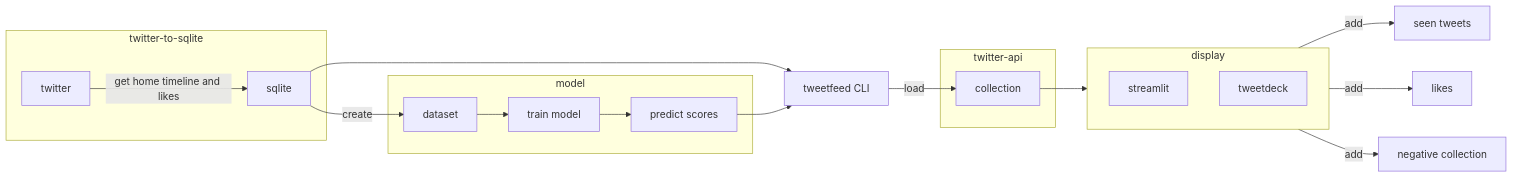
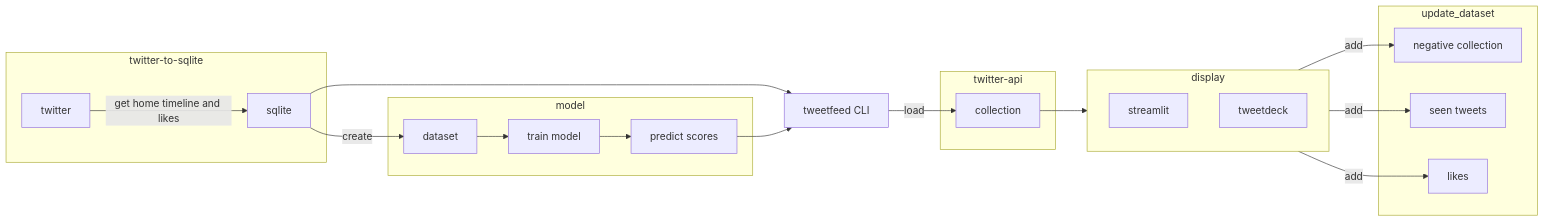
One commit to gsajko/tweetfeed changed the first of 4 diagrams in README.md. Above: the diagram before and after it, drawn with Mermaid. The commit also changed other lines of this file and 4 other files, not shown here.

````diff
--- a/README.md
+++ b/README.md
@@ -1,46 +1,51 @@
 ```mermaid
 flowchart LR
 
 tw[twitter]
 d[dataset]
 t[train model]
 s[predict scores]
 c[collection]
 neg_c[negative collection]
 cli[tweetfeed CLI]
 st[streamlit]
 seen[seen tweets]
 
 tw --get home timeline and likes--> sqlite
 sqlite --create--> d
 d --> t --> s 
 
 sqlite & s -->cli
 cli --load--> c
 
 c  --> display
 
 display --add--> seen & likes & neg_c
 
 
 subgraph twitter-to-sqlite
 tw
 sqlite
 end
 
 subgraph model
 d
 t
 s
 end
 
 subgraph twitter-api
 c
 end
 
 subgraph display
 st
 tweetdeck
 end
 
+subgraph update_dataset
+seen & likes & neg_c
+end
+
+
 ```
````
